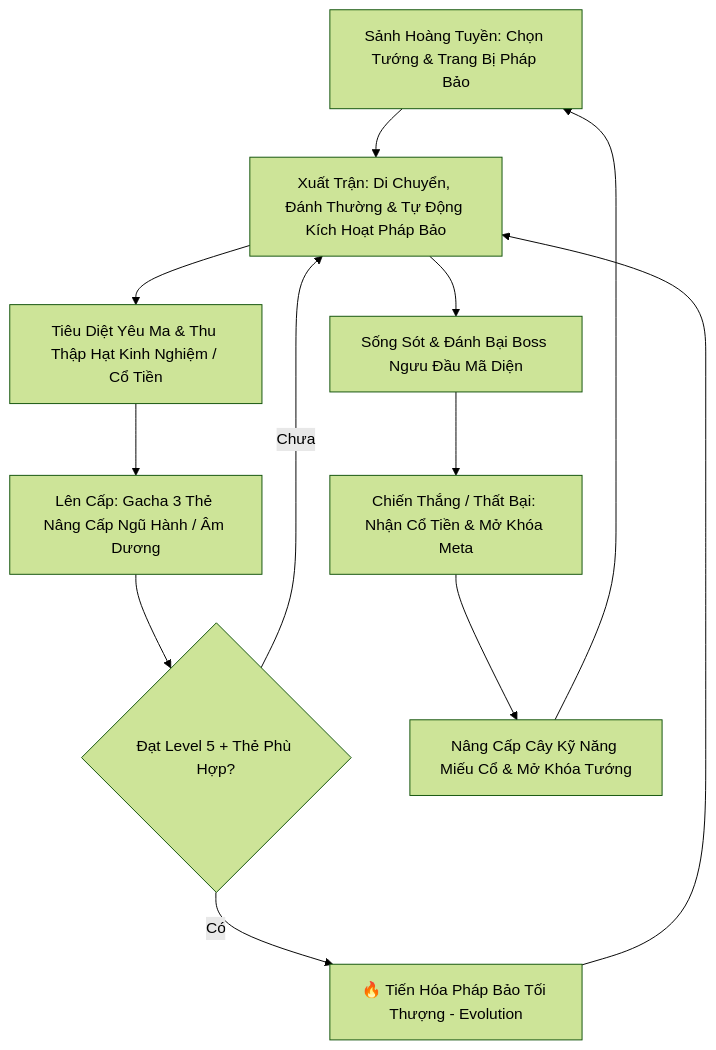
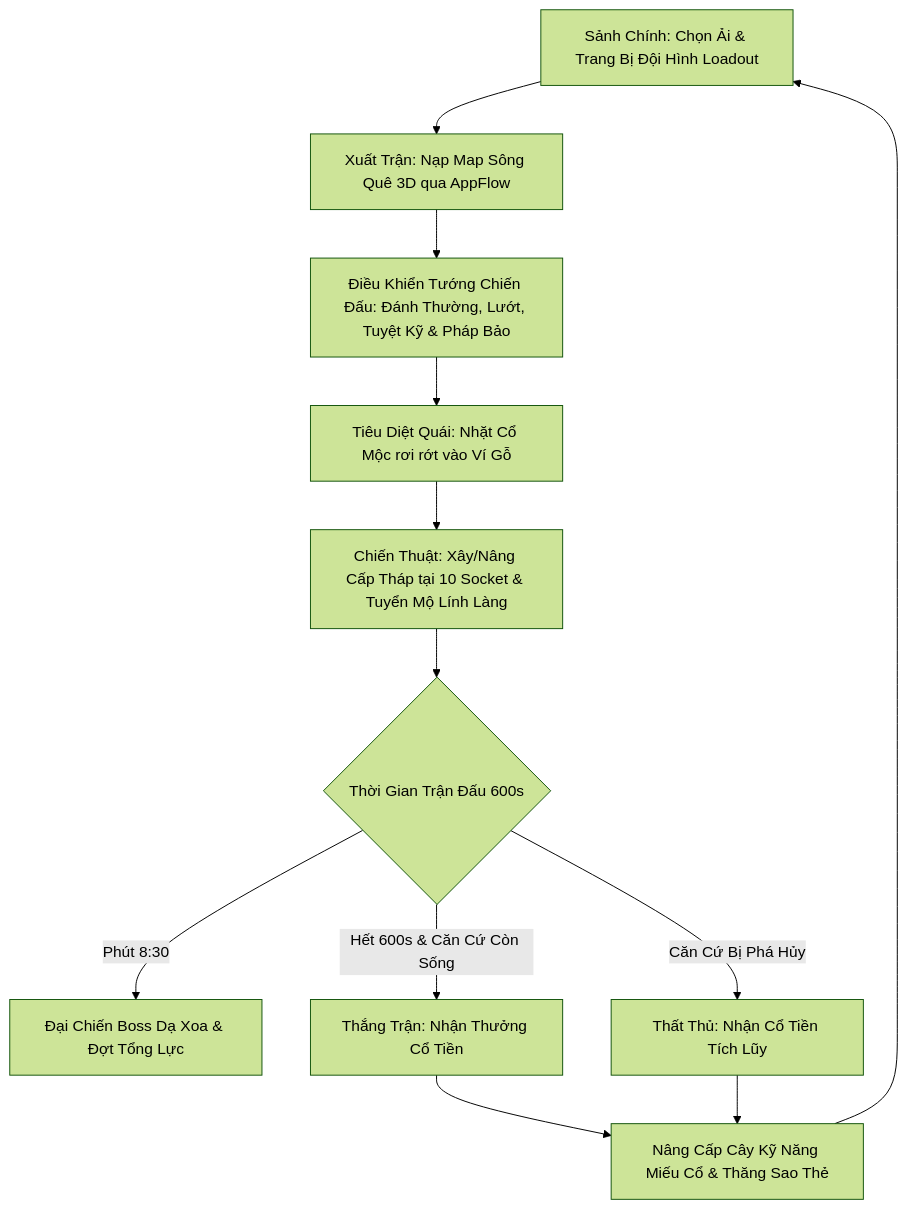
Before and after one commit to thuongtran1210/Projectzombie: the first of 2 diagrams in README.md, drawn with Mermaid (forest theme). The commit also changed other lines of this file and 8 other files, not shown here.

Commit message:
docs(project): cap nhat Task roadmap G6-G7, Single Source of Truth va Migration Status

````diff
--- a/README.md
+++ b/README.md
@@ -48,14 +47,14 @@
 ```mermaid
 graph TD
-    A[Sảnh Hoàng Tuyền: Chọn Tướng & Trang Bị Pháp Bảo] --> B[Xuất Trận: Di Chuyển, Đánh Thường & Tự Động Kích Hoạt Pháp Bảo]
-    B --> C[Tiêu Diệt Yêu Ma & Thu Thập Hạt Kinh Nghiệm / Cổ Tiền]
-    C --> D[Lên Cấp: Gacha 3 Thẻ Nâng Cấp Ngũ Hành / Âm Dương]
-    D --> E{Đạt Level 5 + Thẻ Phù Hợp?}
-    E -- Có --> F[🔥 Tiến Hóa Pháp Bảo Tối Thượng - Evolution]
-    E -- Chưa --> B
-    F --> B
-    B --> G[Sống Sót & Đánh Bại Boss Ngưu Đầu Mã Diện]
-    G --> H[Chiến Thắng / Thất Bại: Nhận Cổ Tiền & Mở Khóa Meta]
-    H --> I[Nâng Cấp Cây Kỹ Năng Miếu Cổ & Mở Khóa Tướng]
-    I --> A
+    A[Sảnh Chính: Chọn Ải & Trang Bị Đội Hình Loadout] --> B[Xuất Trận: Nạp Map Sông Quê 3D qua AppFlow]
+    B --> C[Điều Khiển Tướng Chiến Đấu: Đánh Thường, Lướt, Tuyệt Kỹ & Pháp Bảo]
+    C --> D[Tiêu Diệt Quái: Nhặt Cổ Mộc rơi rớt vào Ví Gỗ]
+    D --> E[Chiến Thuật: Xây/Nâng Cấp Tháp tại 10 Socket & Tuyển Mộ Lính Làng]
+    E --> F{Thời Gian Trận Đấu 600s}
+    F -- Phút 8:30 --> G[Đại Chiến Boss Dạ Xoa & Đợt Tổng Lực]
+    F -- Hết 600s & Căn Cứ Còn Sống --> H[Thắng Trận: Nhận Thưởng Cổ Tiền]
+    F -- Căn Cứ Bị Phá Hủy --> I[Thất Thủ: Nhận Cổ Tiền Tích Lũy]
+    H --> J[Nâng Cấp Cây Kỹ Năng Miếu Cổ & Thăng Sao Thẻ]
+    I --> J
+    J --> A
 ```
````
